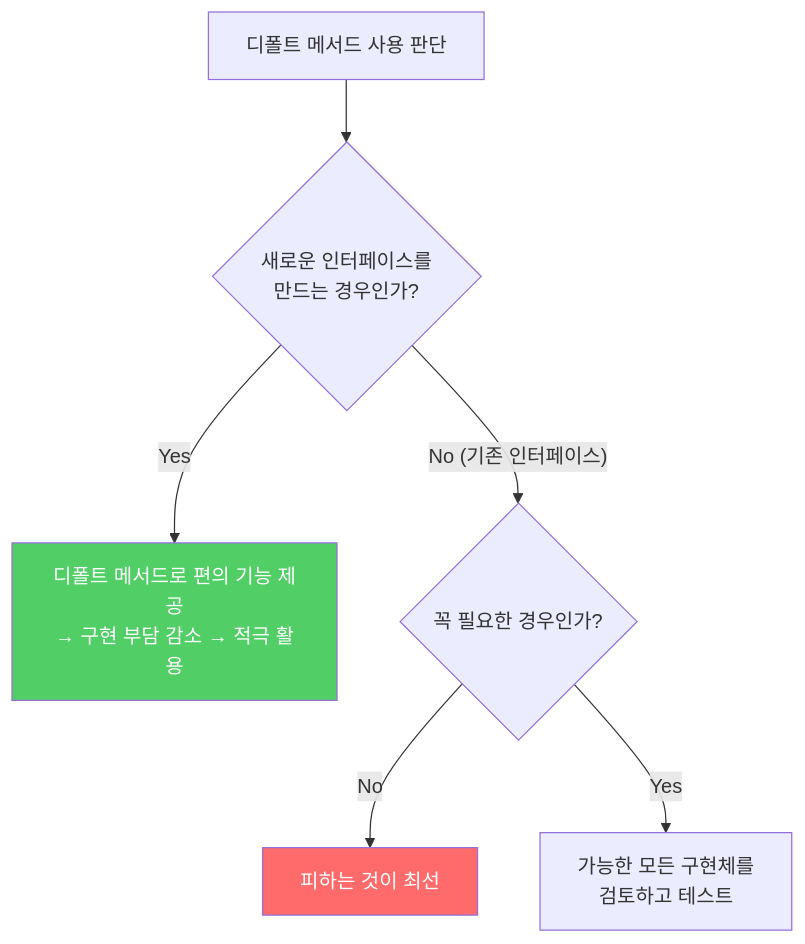
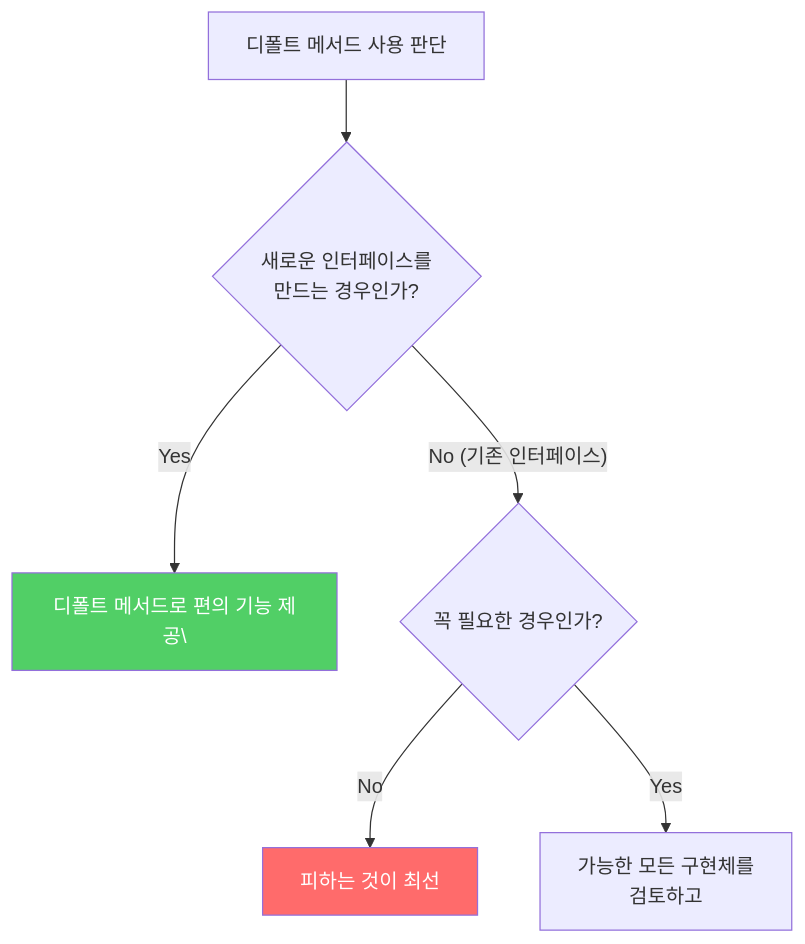
The third of 4 diagrams in _posts/java/2022-01-04-effective-java21.md (yjkim2015/yjkim2015.github.io), drawn with Mermaid before and after one commit. The commit also changed other lines of this file and 271 other files, not shown here.

First line of the commit message:
Mermaid 라벨 축소: 긴 노드 텍스트 18자 이하로 트림 + \n 제거

````diff
--- a/_posts/java/2022-01-04-effective-java21.md
+++ b/_posts/java/2022-01-04-effective-java21.md
@@ -90,10 +90,10 @@
 ```mermaid
 graph TD
     A["디폴트 메서드 사용 판단"] --> B{"새로운 인터페이스를\n만드는 경우인가?"}
-    B -->|"Yes"| C["디폴트 메서드로 편의 기능 제공\n→ 구현 부담 감소 → 적극 활용"]
+    B -->|"Yes"| C["디폴트 메서드로 편의 기능 제공\"]
     B -->|"No (기존 인터페이스)"| D{"꼭 필요한 경우인가?"}
     D -->|"No"| E["피하는 것이 최선"]
-    D -->|"Yes"| F["가능한 모든 구현체를\n검토하고 테스트"]
+    D -->|"Yes"| F["가능한 모든 구현체를\n검토하고"]
     style C fill:#51cf66,color:#fff
     style E fill:#ff6b6b,color:#fff
 ```
````
